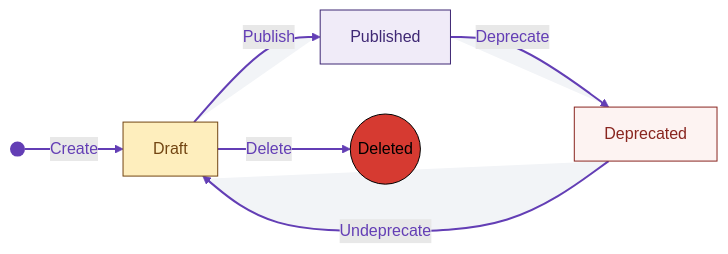
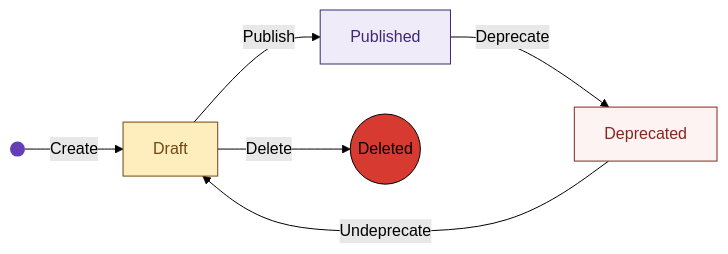
One commit to snowplow/documentation changed the first of 3 diagrams in docs/understanding-tracking-design/managing-your-tracking-scenarios/api/index.md. Above: the diagram before and after it, drawn with Mermaid (forest theme). The commit also changed 1 other file, not shown here.

Commit message:
fixed mermaid visualization on dark theme

````diff
--- a/docs/understanding-tracking-design/managing-your-tracking-scenarios/api/index.md
+++ b/docs/understanding-tracking-design/managing-your-tracking-scenarios/api/index.md
@@ -227,16 +227,15 @@
 ```mermaid
 graph LR
     style Start fill:#633EB5, stroke:#000000, stroke-width:0px;
     style Draft color:#724512, fill:#FEEEBD, stroke:#724512, stroke-width:1px; 
     style Published color:#3F2874, fill:#F0EBF8, stroke:#3F2874, stroke-width:1px;
     style Deprecated color:#89251F, fill:#FDF3F2, stroke:#89251F, stroke-width:1px;
     style Deleted fill:#D63A31, stroke:#000000, stroke-width:1px;
-    linkStyle default stroke-width:2px,fill:#F2F4F7,stroke:#633EB5,color:#633EB5
 
     Start(( )) -->|Create| Draft
     Draft -->|Publish| Published
     Draft -->|Delete| Deleted
     Published -->|Deprecate| Deprecated
     Deprecated -->|Undeprecate| Draft
     Deleted((Deleted))
 ```
````
